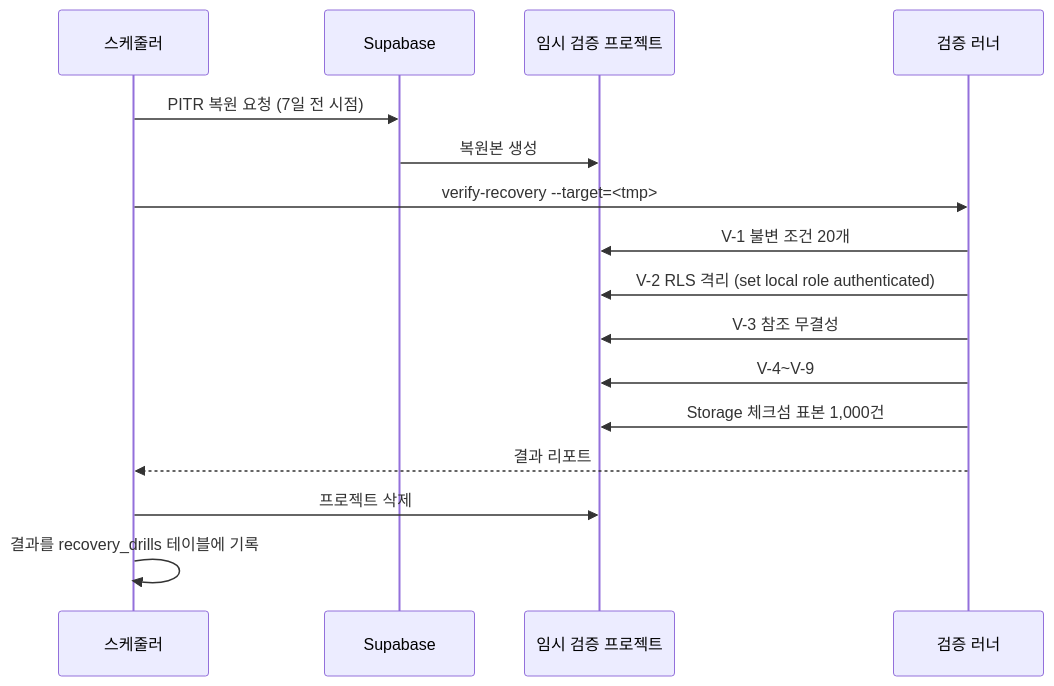
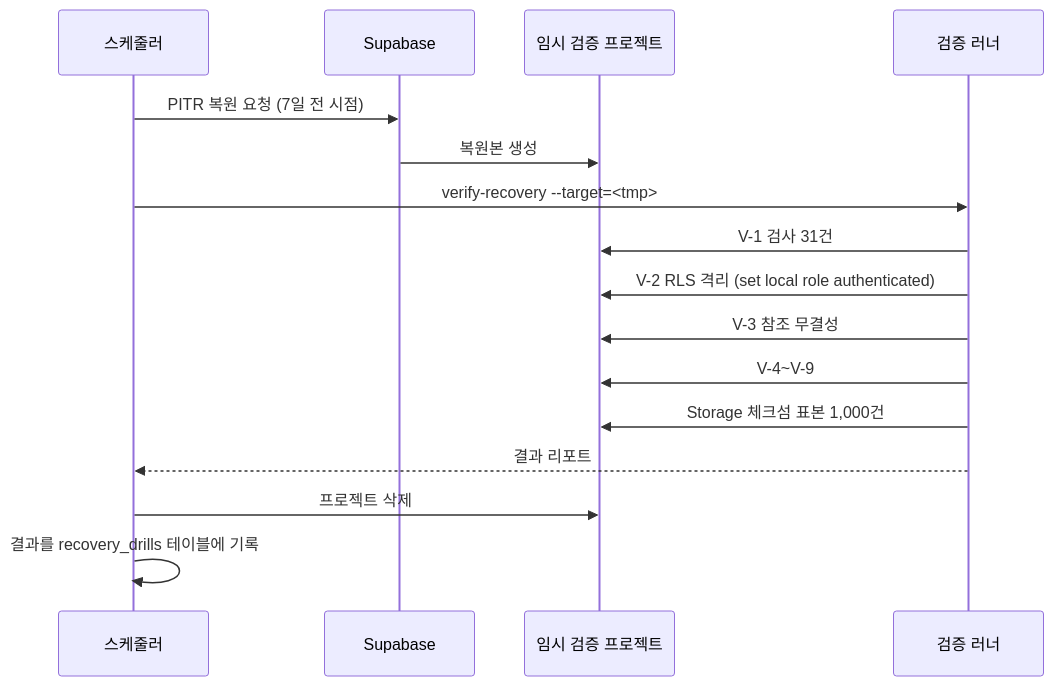
Before and after one commit to chrismathone/Sumaek: the third of 4 diagrams in docs/phase0/backup-recovery.md, drawn with Mermaid. The commit also changed other lines of this file and 20 other files, not shown here.

````diff
--- a/docs/phase0/backup-recovery.md
+++ b/docs/phase0/backup-recovery.md
@@ -241,19 +241,19 @@
 ```mermaid
 sequenceDiagram
     participant Cron as 스케줄러
     participant SB as Supabase
     participant Tmp as 임시 검증 프로젝트
     participant CI as 검증 러너
 
     Cron->>SB: PITR 복원 요청 (7일 전 시점)
     SB->>Tmp: 복원본 생성
     Cron->>CI: verify-recovery --target=<tmp>
-    CI->>Tmp: V-1 불변 조건 20개
+    CI->>Tmp: V-1 검사 31건
     CI->>Tmp: V-2 RLS 격리 (set local role authenticated)
     CI->>Tmp: V-3 참조 무결성
     CI->>Tmp: V-4~V-9
     CI->>Tmp: Storage 체크섬 표본 1,000건
     CI-->>Cron: 결과 리포트
     Cron->>Tmp: 프로젝트 삭제
     Cron->>Cron: 결과를 recovery_drills 테이블에 기록
 ```
````
